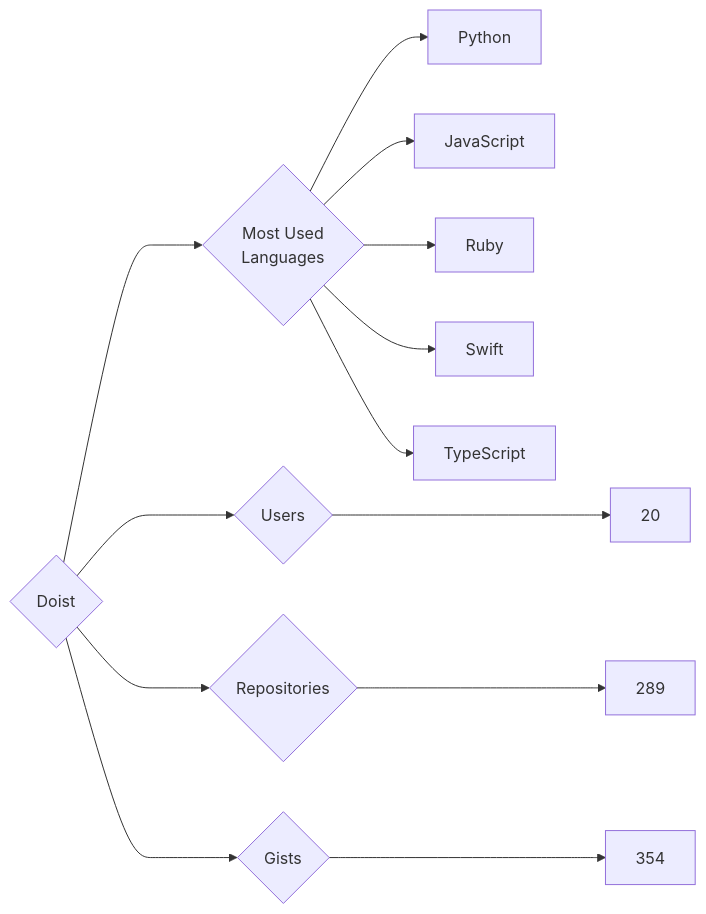
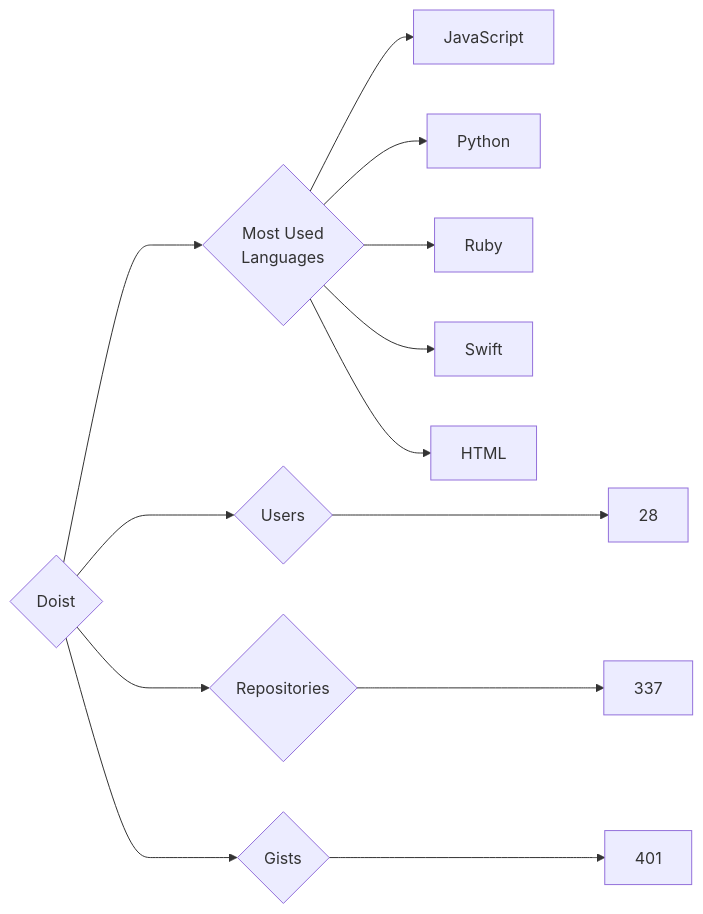
Before and after one commit to trickest/insiders: the diagram in targets/Doist/README.md, drawn with Mermaid. The commit also changed 924 other files, not shown here.

````diff
--- a/targets/Doist/README.md
+++ b/targets/Doist/README.md
@@ -3,13 +3,13 @@
 ```mermaid
 graph LR
 COMPANY_NAME{Doist}
-COMPANY_NAME ---> U{Users} ---> UN[20]
-COMPANY_NAME ---> R{Repositories} ---> RN[289]
-COMPANY_NAME ---> G{Gists} ---> GN[354]
+COMPANY_NAME ---> U{Users} ---> UN[28]
+COMPANY_NAME ---> R{Repositories} ---> RN[337]
+COMPANY_NAME ---> G{Gists} ---> GN[401]
 COMPANY_NAME ---> ML{Most Used<br>Languages}
+ML --> JavaScript[JavaScript]
 ML --> Python[Python]
-ML --> JavaScript[JavaScript]
 ML --> Ruby[Ruby]
 ML --> Swift[Swift]
-ML --> TypeScript[TypeScript]
+ML --> HTML[HTML]
 ```
````
